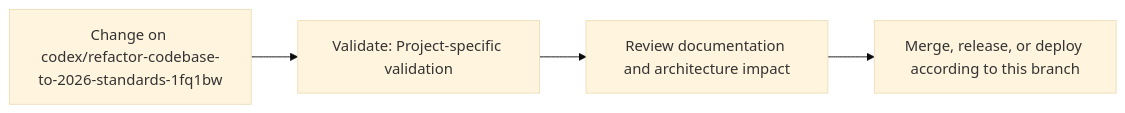
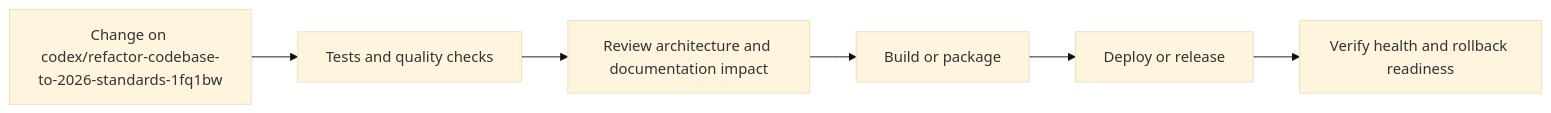
One commit to Nischhalsubba/Creative-Agency changed the fourth of 5 diagrams in README.md. Above: the diagram before and after it, drawn with Mermaid (base theme). The commit also changed other lines of this file, not shown here.

````diff
--- a/README.md
+++ b/README.md
@@ -60,8 +128,8 @@
 ```mermaid
 flowchart LR
-    CHANGE["Change on codex/refactor-codebase-to-2026-standards-1fq1bw"]
-    CHECK["Validate: Project-specific validation"]
-    REVIEW["Review documentation and architecture impact"]
-    RELEASE["Merge, release, or deploy according to this branch"]
-    CHANGE --> CHECK --> REVIEW --> RELEASE
+    CHANGE["Change on codex/refactor-codebase-to-2026-standards-1fq1bw"] --> CHECK["Tests and quality checks"]
+    CHECK --> REVIEW["Review architecture and documentation impact"]
+    REVIEW --> BUILD["Build or package"]
+    BUILD --> DEPLOY["Deploy or release"]
+    DEPLOY --> VERIFY["Verify health and rollback readiness"]
 ```
````
